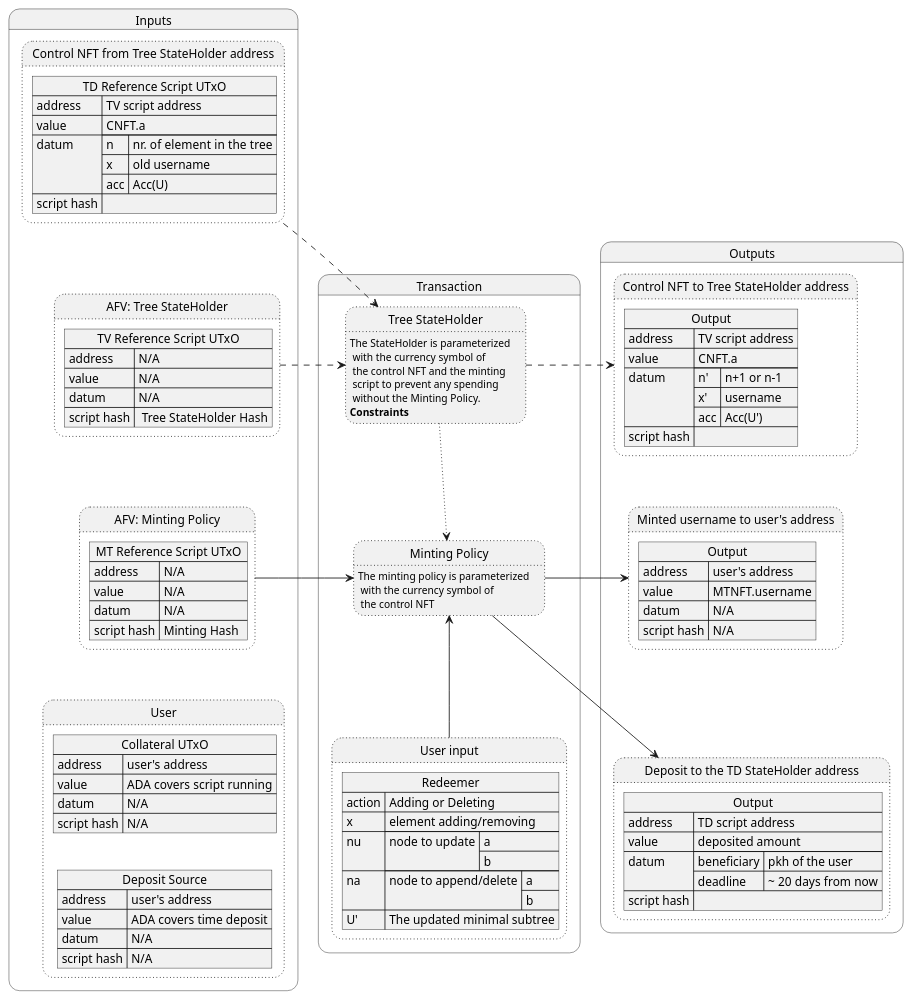
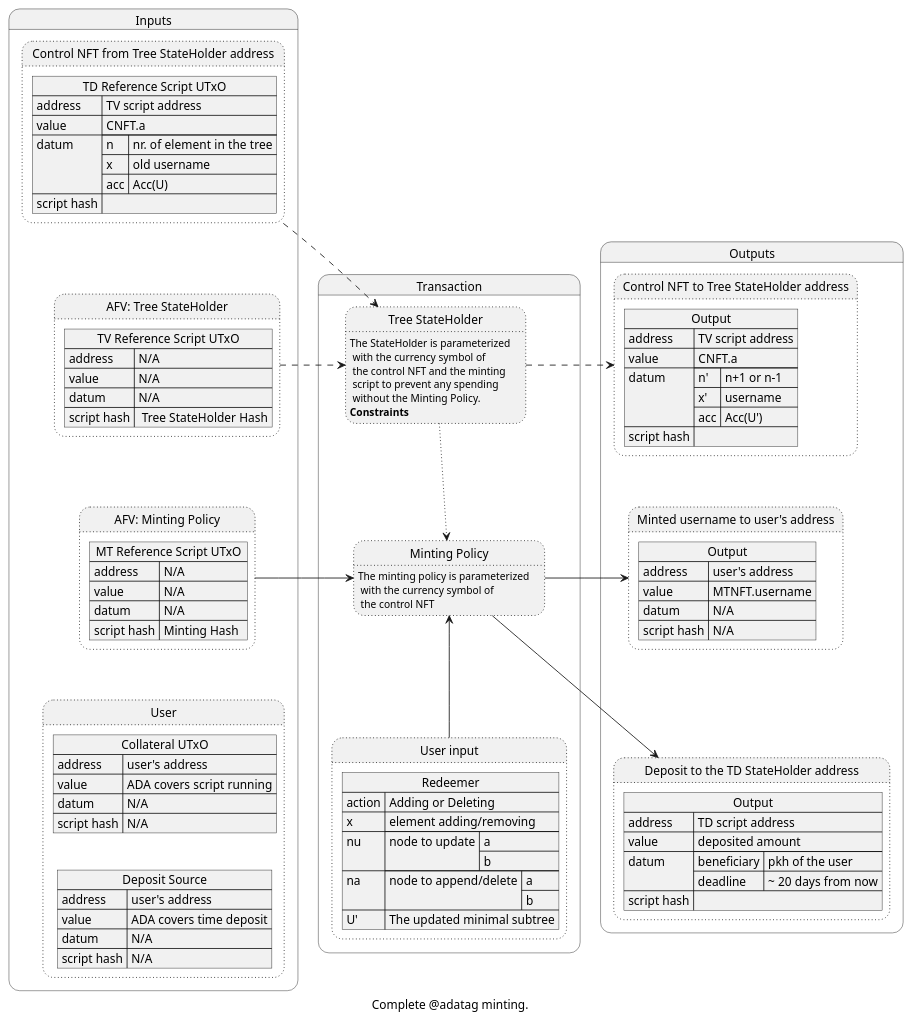
Before and after one commit to ilap/adatag: the diagram in plutus-dapp/docs/diagrams/complex_minting.plantuml, drawn with PlantUML. The commit also changed 5 other files, not shown here.

```diff
--- a/plutus-dapp/docs/diagrams/complex_minting.plantuml
+++ b/plutus-dapp/docs/diagrams/complex_minting.plantuml
@@ -1,124 +1,126 @@
 @startuml "@datag minting"
+
+caption "Complete @adatag minting."
 state "Inputs" as stateI {
     state IU as "User" #line.dotted {
         json "Collateral UTxO" as JU1 {
         "address": "user's address",
         "value":"ADA covers script running",
         "datum": "N/A",
         "script hash": "N/A"
         }
         json "Deposit Source" as JU2 {
         "address": "user's address",
         "value":"ADA covers time deposit",
         "datum": "N/A",
         "script hash": "N/A"
         }
     }
     state ITV2 as  "Control NFT from Tree StateHolder address" #line.dotted {
         json "TD Reference Script UTxO" as JTV2 {
         "address": "TV script address",
         "value":"CNFT.a",
         "datum": {"n":"nr. of element in the tree","x": "old username","acc":"Acc(U)"},
         "script hash": ""
         }
     }    
     state IMP as "AFV: Minting Policy" #line.dotted {
         json "MT Reference Script UTxO" as JMT1 {
         "address": "N/A",
         "value":"N/A",
         "datum": "N/A",
         "script hash": "Minting Hash"
         }
     } 
     state ITV as "AFV: Tree StateHolder" #line.dotted {
         json "TV Reference Script UTxO" as JTV1 {
         "address": "N/A",
         "value":"N/A",
         "datum": "N/A",
         "script hash": " Tree StateHolder Hash"
         }
     }
 }
 
 state "Transaction" as stateT {
 
     state TXTV as "Tree StateHolder" #line.dotted {
     }
     state TXMP as "Minting Policy" #line.dotted {
     }
     state TXR as "User input" #line.dotted {
        json "Redeemer" as UR {
            "action": "Adding or Deleting",
            "x": "element adding/removing",
            "nu":{"node to update": ["a","b"]},
            "na": {"node to append/delete": ["a","b"]},
            "U'": "The updated minimal subtree"
        }
     }
 }
 
 state "Outputs" as stateO {
     state OU as "Minted username to user's address" #line.dotted {    
         json "Output" as U2 {
         "address": "user's address",
         "value":"MTNFT.username",
         "datum": "N/A",
         "script hash": "N/A"
         }
     }
     state OTV as "Control NFT to Tree StateHolder address" #line.dotted{
         json "Output" as TV2 {
         "address": "TV script address",
         "value":"CNFT.a",
         "datum": {"n'":"n+1 or n-1","x'": "username","acc":"Acc(U')"},
         "script hash": ""
         }
     }
     state OTD as "Deposit to the TD StateHolder address" #line.dotted{
         json "Output" as TD2 {
         "address": "TD script address",
         "value":"deposited amount",
         "datum": {"beneficiary": "pkh of the user","deadline":"~ 20 days from now"},
         "script hash": ""
         }
     }
    
 
    ' Inputs
    '##################################################
    JU1 -down[hidden]-> JU2
 
    IMP -up[hidden]-> ITV
    IMP -down[hidden]-> IU
 
    ITV -up[hidden]-> ITV2
 
    ITV2 -right[dashed]-> TXTV
    ITV  -right[dashed]-> TXTV
    IMP -right-> TXMP
 
    TXMP -right-> OU
    TXMP -right-> OTD
    
    ' Transactions
    '##################################################
    TXTV: The StateHolder is parameterized \n with the currency symbol of \n the control NFT and the minting \n script to prevent any spending \n without the Minting Policy.
    TXTV: <b>Constraints</b>
   
    TXTV -down[dotted]-> TXMP
 
    TXMP: The minting policy is parameterized \n with the currency symbol of \n the control NFT
  
 
    TXTV -right[dashed]--> OTV
  
    'TXMP -down[hidden]-> TXR
    TXR -up-> TXMP
     
    ' Outputs
    '##################################################
    OU -up[hidden]-> OTV
    OU -down[hidden]-> OTD
    
 }
 @enduml
```
